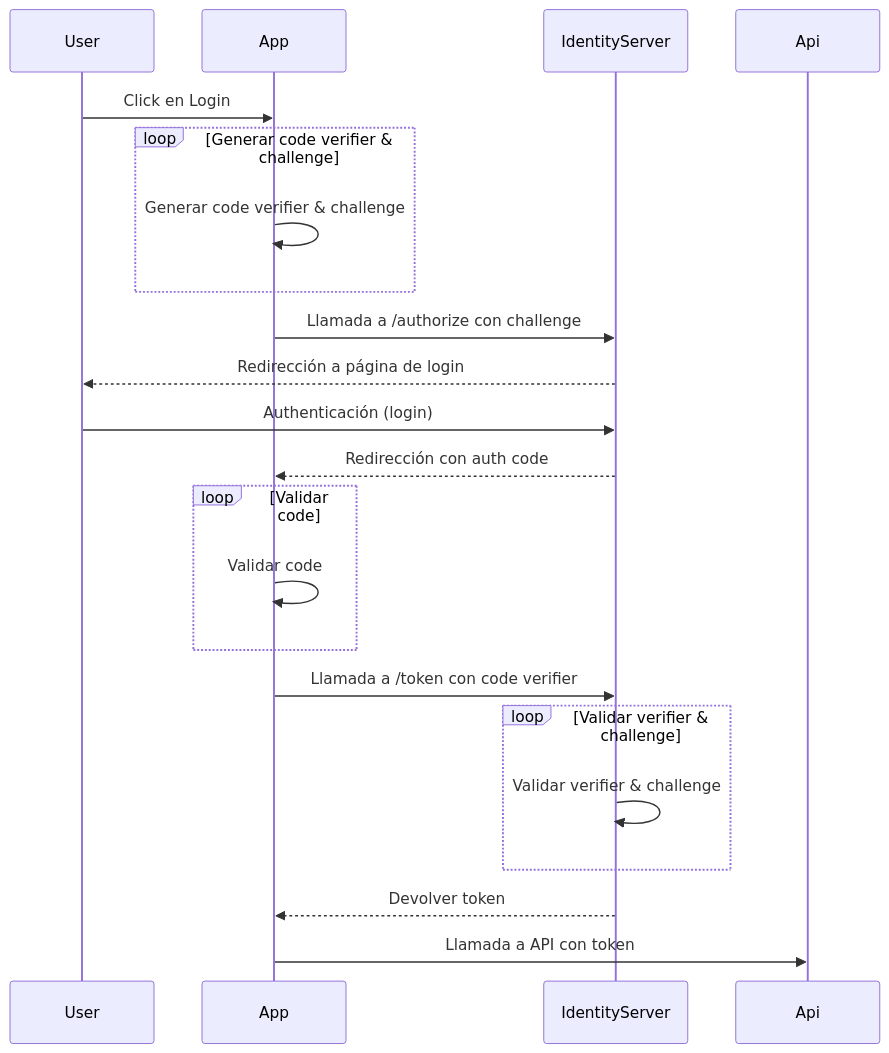
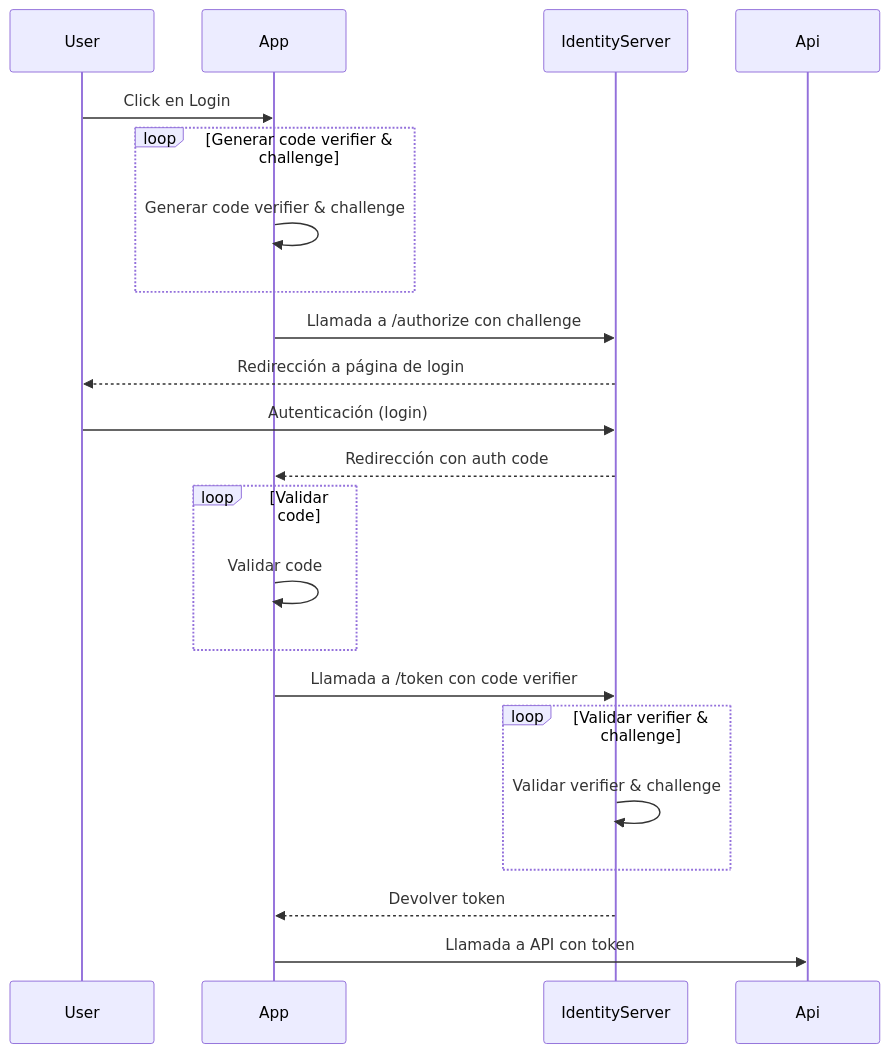
One commit to virubiotor/authentication-made-simple changed the diagram in docs/authorization_code_pkce.md. Above: the diagram before and after it, drawn with Mermaid. The commit also changed 3 other files, not shown here.

Commit message:
fix(docs): typos in mermaid diagrams

````diff
--- a/docs/authorization_code_pkce.md
+++ b/docs/authorization_code_pkce.md
@@ -1,25 +1,25 @@
 ```mermaid
 sequenceDiagram
     participant User
     participant App
     participant IdentityServer
     participant Api
 
     User->>App: Click en Login
     loop Generar code verifier & challenge
         App->>App: Generar code verifier & challenge
     end
     App->>IdentityServer: Llamada a /authorize con challenge
     IdentityServer-->>User: Redirección a página de login
-    User->>IdentityServer: Authenticación (login)
+    User->>IdentityServer: Autenticación (login)
     IdentityServer-->>App: Redirección con auth code
     loop Validar code
         App->>App: Validar code
     end
     App->>IdentityServer: Llamada a /token con code verifier
     loop Validar verifier & challenge
         IdentityServer->>IdentityServer: Validar verifier & challenge
     end
     IdentityServer-->>App: Devolver token
     App->>Api: Llamada a API con token
 ```
````
